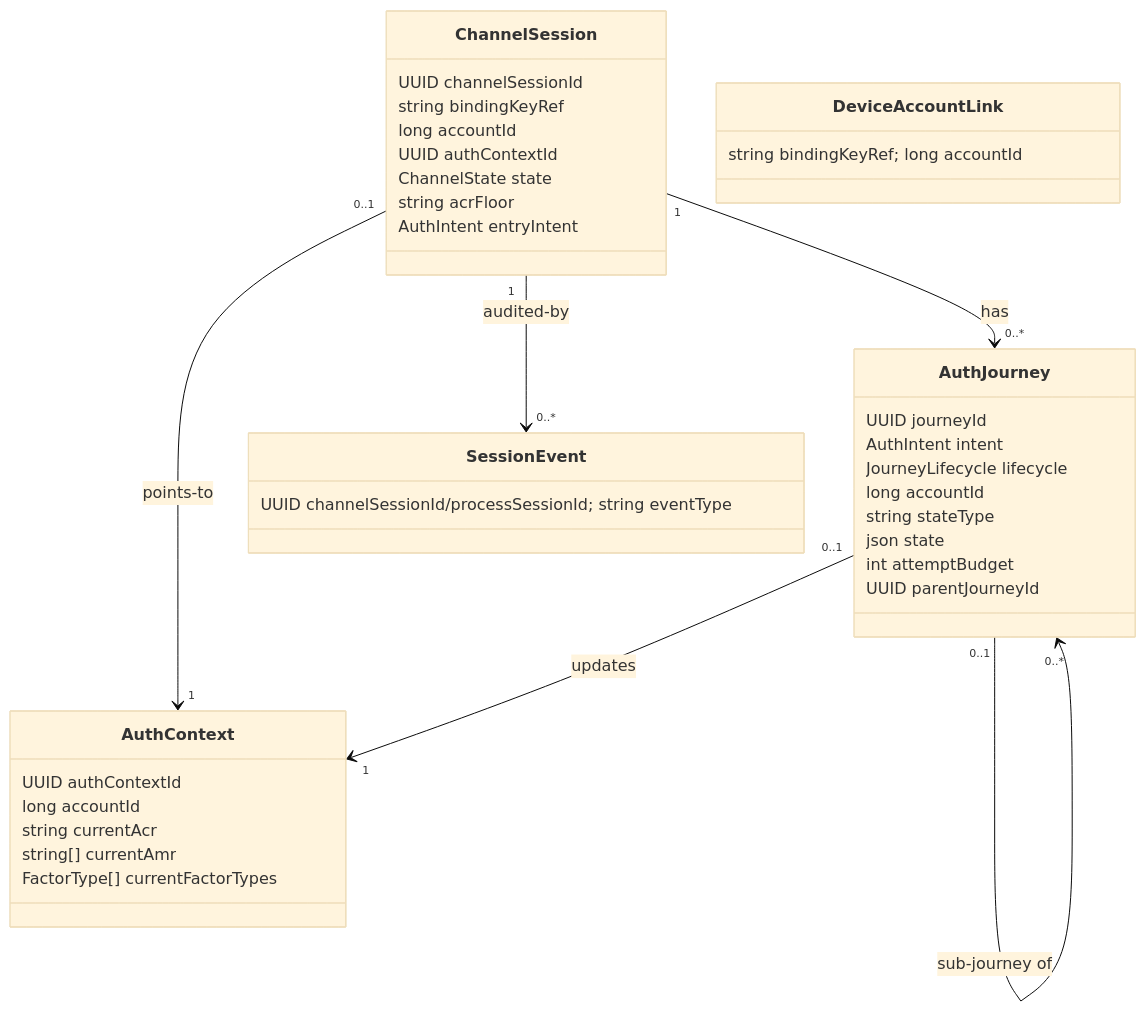
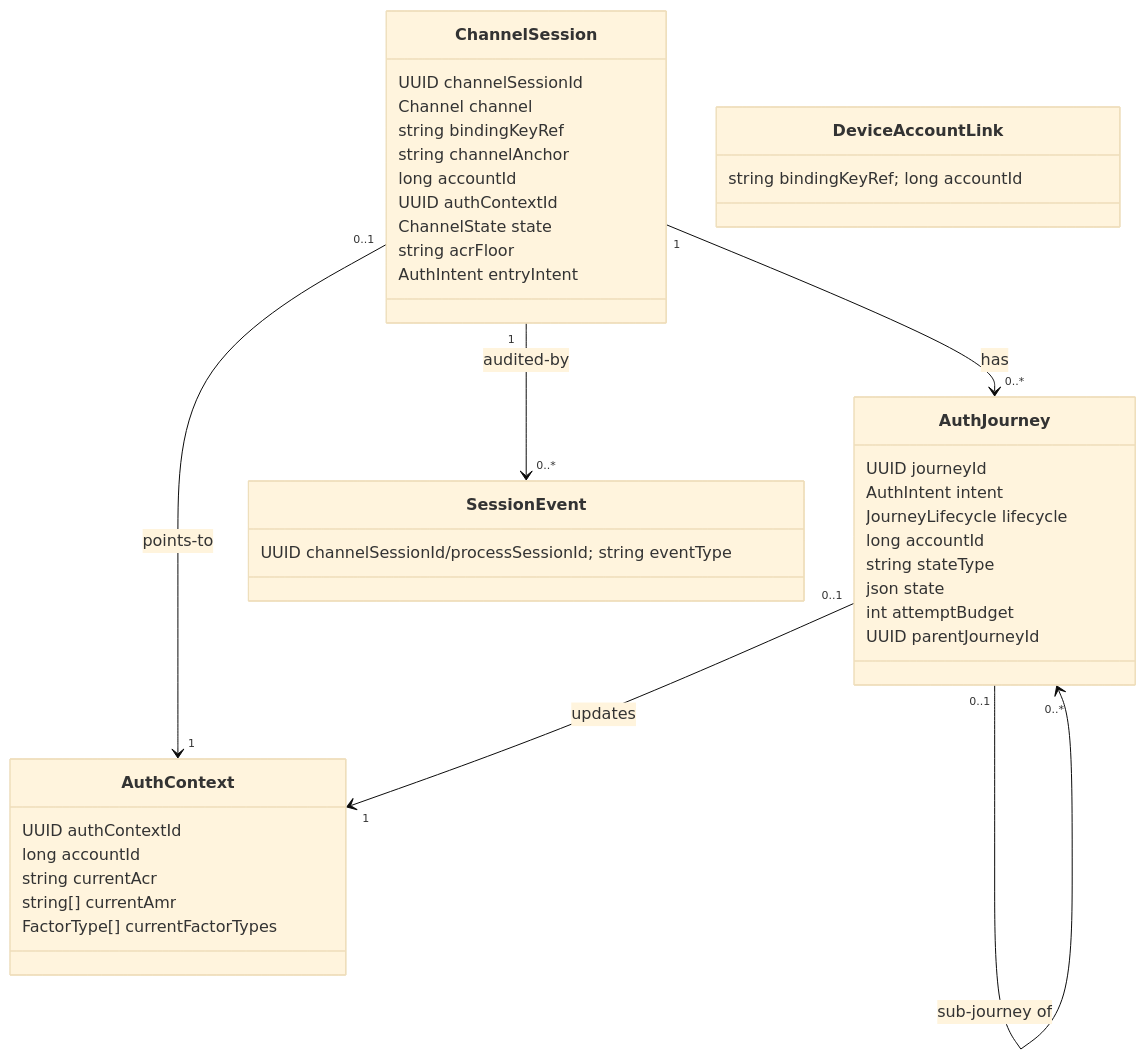
The first of 3 diagrams in docs/02-domaenenmodell.md (rpreissel/DPoP-demo), drawn with Mermaid (base theme) before and after one commit. The commit also changed other lines of this file and 41 other files, not shown here.

````diff
--- a/docs/02-domaenenmodell.md
+++ b/docs/02-domaenenmodell.md
@@ -10,37 +10,39 @@
 ```mermaid
 classDiagram
   class ChannelSession {
     UUID channelSessionId
+    Channel channel
     string bindingKeyRef
+    string channelAnchor
     long accountId
     UUID authContextId
     ChannelState state
     string acrFloor
     AuthIntent entryIntent
   }
   class AuthJourney {
     UUID journeyId
     AuthIntent intent
     JourneyLifecycle lifecycle
     long accountId
     string stateType
     json state
     int attemptBudget
     UUID parentJourneyId
   }
   class DeviceAccountLink { string bindingKeyRef; long accountId }
   class AuthContext {
     UUID authContextId
     long accountId
     string currentAcr
     string[] currentAmr
     FactorType[] currentFactorTypes
   }
   class SessionEvent { UUID channelSessionId/processSessionId; string eventType }
 
   ChannelSession "1" --> "0..*" AuthJourney : has
   AuthJourney "0..1" --> "0..*" AuthJourney : sub-journey of
   ChannelSession "0..1" --> "1" AuthContext : points-to
   AuthJourney "0..1" --> "1" AuthContext : updates
   ChannelSession "1" --> "0..*" SessionEvent : audited-by
 ```
````
